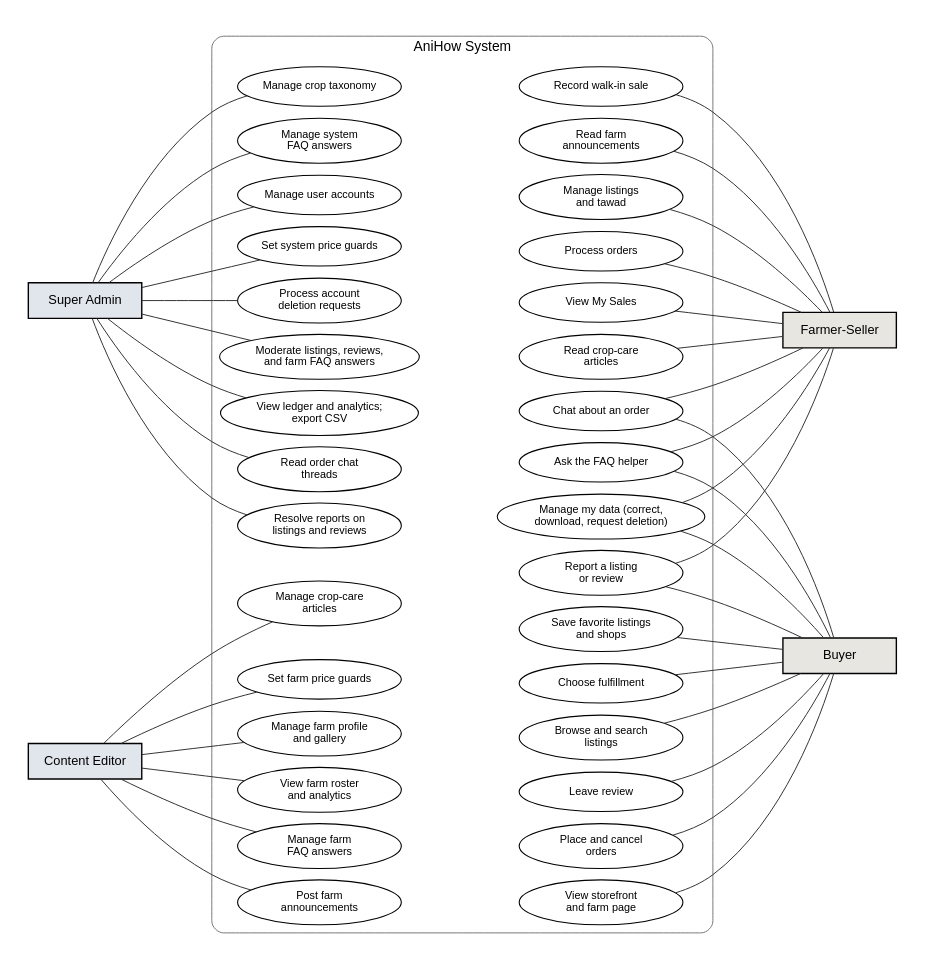
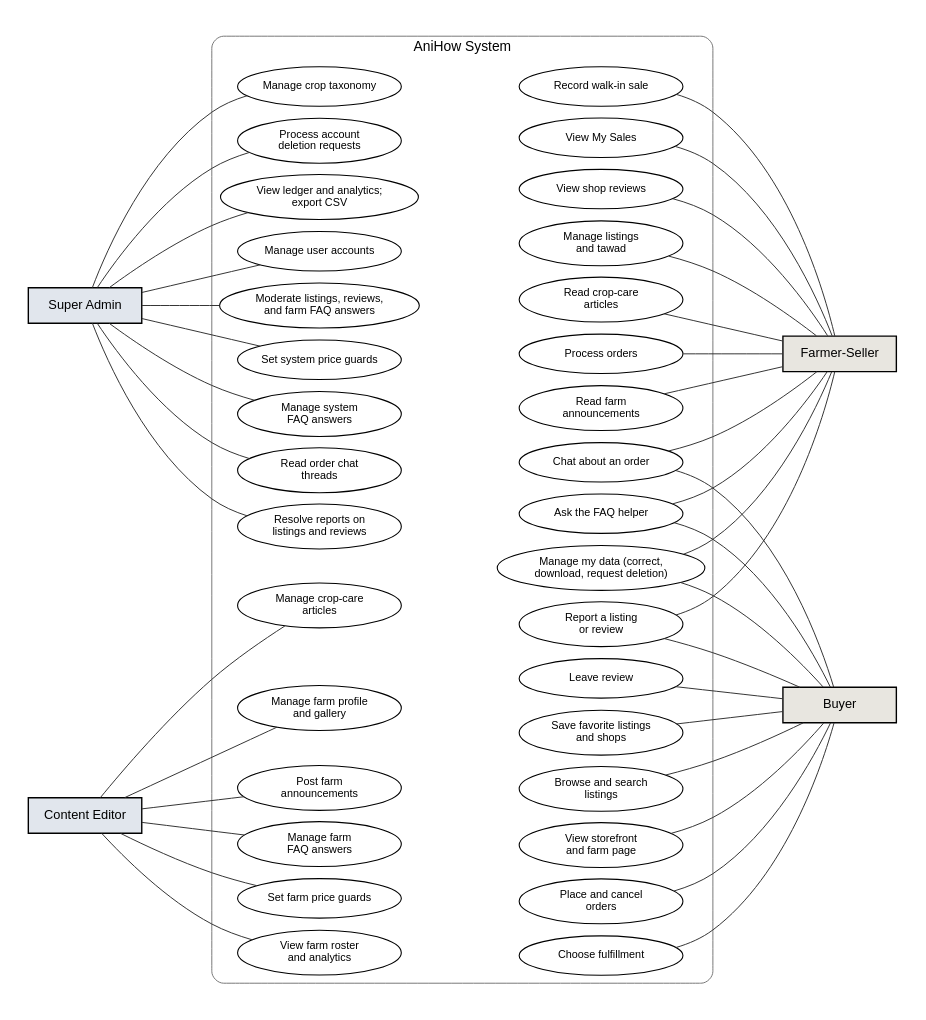
One commit to shawncastaneda11-commits/anihow-backend changed the diagram in docs/manuscript/figures/src/fig5_use_case.dot. Above: the diagram before and after it, drawn with Graphviz. The commit also changed 10 other files, not shown here.

First line of the commit message:
docs: show farmer-seller shop reviews in the diagrams and spec

```diff
--- a/docs/manuscript/figures/src/fig5_use_case.dot
+++ b/docs/manuscript/figures/src/fig5_use_case.dot
@@ -1,74 +1,75 @@
 // Figure 5. Use case diagram of AniHow (v3.5, with content reports).
 digraph G {
   graph [rankdir=LR, nodesep=0.16, ranksep=1.1, pad=0.3, fontname="Liberation Sans", newrank=true];
   node  [fontname="Liberation Sans", fontsize=11];
   edge  [arrowhead=none, penwidth=1.0, color="#333333"];
 
   node [shape=box, style="filled", penwidth=1.4, fontsize=13, width=1.6];
   sa [label="Super Admin",    fillcolor="#E1E6ED"];
   ce [label="Content Editor", fillcolor="#E1E6ED"];
   fs [label="Farmer-Seller",  fillcolor="#E8E6E0"];
   by [label="Buyer",          fillcolor="#E8E6E0"];
 
   subgraph cluster_sys {
     label="AniHow System"; style="rounded"; color="#777777"; fontsize=14;
     node [shape=ellipse, style="solid", penwidth=1.1, width=2.3, height=0.55, fontsize=11];
 
     // Super Admin (CMS)
     sa1 [label="Manage user accounts"];
     sa2 [label="Set system price guards"];
     sa3 [label="Manage crop taxonomy"];
     sa4 [label="Moderate listings, reviews,\nand farm FAQ answers"];
     sa5 [label="Manage system\nFAQ answers"];
     sa6 [label="Process account\ndeletion requests"];
     sa7 [label="View ledger and analytics;\nexport CSV"];
     sa8 [label="Read order chat\nthreads"];
     sa9 [label="Resolve reports on\nlistings and reviews"];
 
     // Content Editor (CMS, own farm)
     ce1 [label="Manage crop-care\narticles"];
     ce2 [label="Manage farm profile\nand gallery"];
     ce3 [label="Post farm\nannouncements"];
     ce4 [label="Manage farm\nFAQ answers"];
     ce5 [label="Set farm price guards"];
     ce6 [label="View farm roster\nand analytics"];
 
     // Farmer-Seller (app)
     fs1 [label="Manage listings\nand tawad"];
     fs2 [label="Process orders"];
     fs3 [label="Record walk-in sale"];
     fs4 [label="Read crop-care\narticles"];
     fs5 [label="Read farm\nannouncements"];
     fs6 [label="View My Sales"];
+    fs7 [label="View shop reviews"];
 
     // Shared by both app users
     sh1 [label="Chat about an order"];
     sh2 [label="Ask the FAQ helper"];
     sh3 [label="Manage my data (correct,\ndownload, request deletion)"];
     sh4 [label="Report a listing\nor review"];
 
     // Buyer (app)
     by1 [label="Browse and search\nlistings"];
     by2 [label="View storefront\nand farm page"];
     by3 [label="Place and cancel\norders"];
     by4 [label="Choose fulfillment"];
     by5 [label="Leave review"];
     by6 [label="Save favorite listings\nand shops"];
   }
 
   sa -> {sa1 sa2 sa3 sa4 sa5 sa6 sa7 sa8 sa9};
   ce -> {ce1 ce2 ce3 ce4 ce5 ce6};
-  {fs1 fs2 fs3 fs4 fs5 fs6 sh1 sh2 sh3 sh4} -> fs;
+  {fs1 fs2 fs3 fs4 fs5 fs6 fs7 sh1 sh2 sh3 sh4} -> fs;
   {sh1 sh2 sh3 sh4 by1 by2 by3 by4 by5 by6} -> by;
 
   // two columns: CMS use cases (left) and app use cases (right)
   {rank=same; sa ce}
   {rank=same; sa1 sa2 sa3 sa4 sa5 sa6 sa7 sa8 sa9 ce1 ce2 ce3 ce4 ce5 ce6}
-  {rank=same; fs1 fs2 fs3 fs4 fs5 fs6 sh1 sh2 sh3 sh4 by1 by2 by3 by4 by5 by6}
+  {rank=same; fs1 fs2 fs3 fs4 fs5 fs6 fs7 sh1 sh2 sh3 sh4 by1 by2 by3 by4 by5 by6}
   {rank=same; fs by}
   edge [style=invis];
-  sa1 -> fs1; sa2 -> fs2; sa3 -> fs3; sa4 -> fs4; sa5 -> fs5; sa6 -> fs6; sa7 -> sh1;
-  sa8 -> sh2; sa9 -> sh3; ce1 -> sh4; ce2 -> by1; ce3 -> by2; ce4 -> by3; ce5 -> by4; ce6 -> by5;
+  sa1 -> fs1; sa2 -> fs2; sa3 -> fs3; sa4 -> fs4; sa5 -> fs5; sa6 -> fs6; sa7 -> fs7;
+  sa8 -> sh1; sa9 -> sh2; ce1 -> sh3; ce2 -> sh4; ce3 -> by1; ce4 -> by2; ce5 -> by3; ce6 -> by4;
   sa1 -> sa2 -> sa3 -> sa4 -> sa5 -> sa6 -> sa7 -> sa8 -> sa9 -> ce1 -> ce2 -> ce3 -> ce4 -> ce5 -> ce6 [constraint=false];
-  fs1 -> fs2 -> fs3 -> fs4 -> fs5 -> fs6 -> sh1 -> sh2 -> sh3 -> sh4 -> by1 -> by2 -> by3 -> by4 -> by5 -> by6 [constraint=false];
+  fs1 -> fs2 -> fs3 -> fs4 -> fs5 -> fs6 -> fs7 -> sh1 -> sh2 -> sh3 -> sh4 -> by1 -> by2 -> by3 -> by4 -> by5 -> by6 [constraint=false];
 }
```
